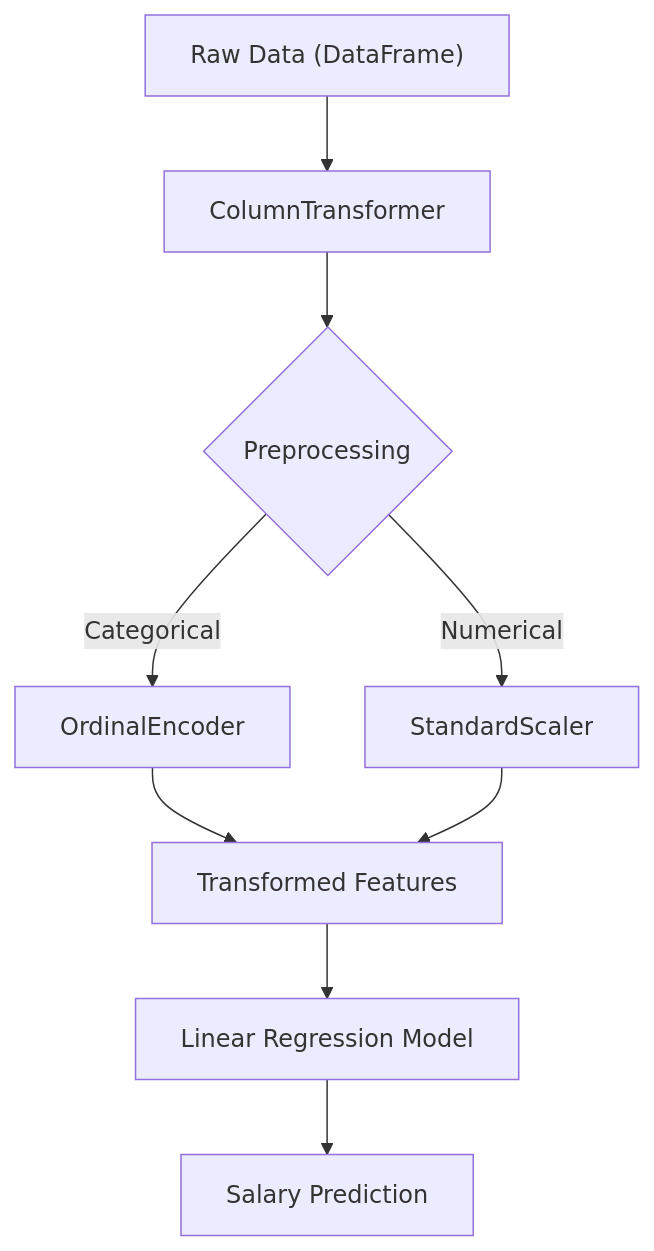
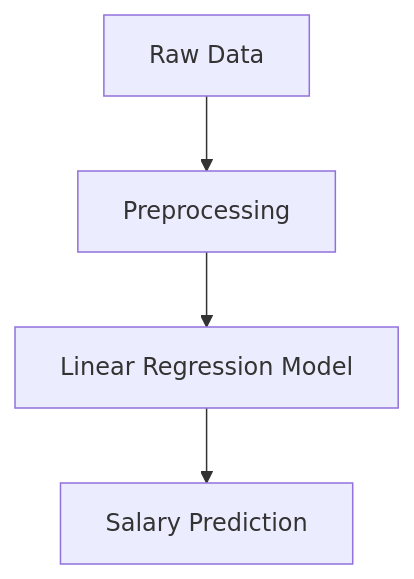
One commit to AmanSharma000/Salary_Prediction changed the diagram in README.md. Above: the diagram before and after it, drawn with Mermaid. The commit also changed other lines of this file, not shown here.

````diff
--- a/README.md
+++ b/README.md
@@ -65,11 +27,6 @@
 ```mermaid
 graph TD
-    A["Raw Data (DataFrame)"] --> B[ColumnTransformer]
-    B --> C{Preprocessing}
-    C -->|Categorical| D[OrdinalEncoder]
-    C -->|Numerical| E[StandardScaler]
-    D --> F[Transformed Features]
-    E --> F
-    F --> G["Linear Regression Model"]
-    G --> H["Salary Prediction"]
+    A[Raw Data] --> B[Preprocessing]
+    B --> C[Linear Regression Model]
+    C --> D[Salary Prediction]
 ```
````
